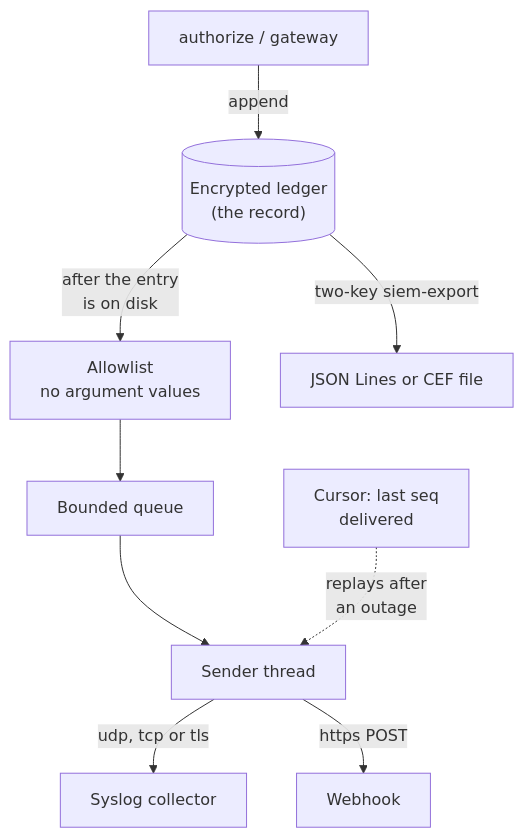
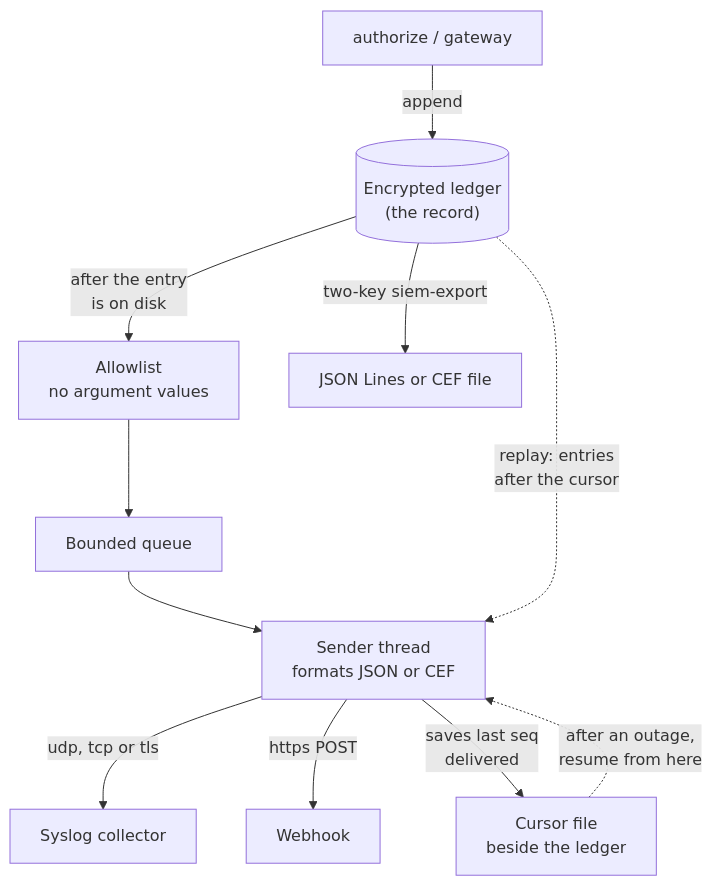
The diagram in docs/SIEM.md (Insomniac-VibeLabs/two-key), drawn with Mermaid before and after one commit. The commit also changed other lines of this file and 1 other file, not shown here.

Commit message:
SIEM diagram: cursor belongs to the sender; live path says JSON or CEF
Claude-Session: https://claude.ai/code/session_01UFiSiPUe28jt82jjU2LaCd

````diff
--- a/docs/SIEM.md
+++ b/docs/SIEM.md
@@ -38,11 +38,13 @@
 ```mermaid
 flowchart TD
   auth["authorize / gateway"] -- "append" --> ledger[("Encrypted ledger<br/>(the record)")]
   ledger -- "after the entry<br/>is on disk" --> filter["Allowlist<br/>no argument values"]
   filter --> queue["Bounded queue"]
-  queue --> sender["Sender thread"]
+  queue --> sender["Sender thread<br/>formats JSON or CEF"]
   sender -- "udp, tcp or tls" --> syslog["Syslog collector"]
   sender -- "https POST" --> hook["Webhook"]
-  cursor["Cursor: last seq<br/>delivered"] -. "replays after<br/>an outage" .-> sender
+  sender -- "saves last seq<br/>delivered" --> cursor["Cursor file<br/>beside the ledger"]
+  cursor -. "after an outage,<br/>resume from here" .-> sender
+  ledger -. "replay: entries<br/>after the cursor" .-> sender
   ledger -- "two-key siem-export" --> file["JSON Lines or CEF file"]
 ```
````
